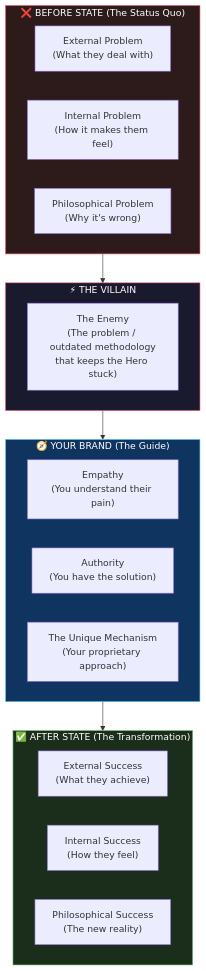
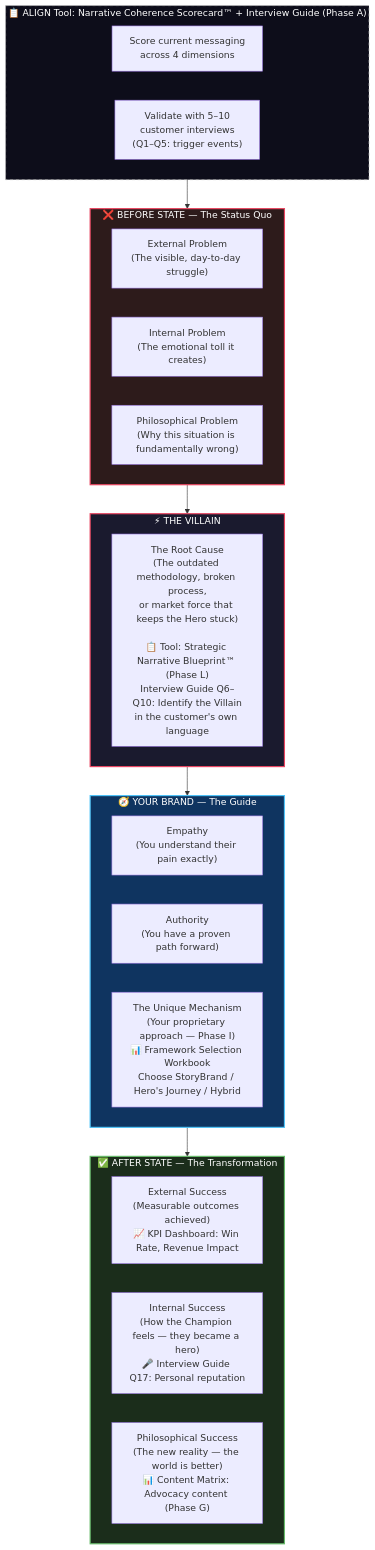
The diagram in assets/narrative-architecture.mmd (diShine-digital-agency/align-framework), drawn with Mermaid before and after one commit. The commit also changed 7 other files, not shown here.

First line of the commit message:
Update all diagrams to reflect full v1.0.4 tool set (v1.0.5)

```diff
--- a/assets/narrative-architecture.mmd
+++ b/assets/narrative-architecture.mmd
@@ -1,31 +1,39 @@
 flowchart TD
-    subgraph BEFORE["❌ BEFORE STATE (The Status Quo)"]
-        B1["External Problem\n(What they deal with)"]
-        B2["Internal Problem\n(How it makes them feel)"]
-        B3["Philosophical Problem\n(Why it's wrong)"]
+    subgraph TOOL_A["📋 ALIGN Tool: Narrative Coherence Scorecard™ + Interview Guide (Phase A)"]
+        direction LR
+        T1["Score current messaging\nacross 4 dimensions"]
+        T2["Validate with 5–10\ncustomer interviews\n(Q1–Q5: trigger events)"]
+    end
+
+    subgraph BEFORE["❌ BEFORE STATE — The Status Quo"]
+        B1["External Problem\n(The visible, day-to-day struggle)"]
+        B2["Internal Problem\n(The emotional toll it creates)"]
+        B3["Philosophical Problem\n(Why this situation is fundamentally wrong)"]
     end
 
     subgraph VILLAIN["⚡ THE VILLAIN"]
-        V["The Enemy\n(The problem / outdated methodology\nthat keeps the Hero stuck)"]
+        V["The Root Cause\n(The outdated methodology, broken process,\nor market force that keeps the Hero stuck)\n\n📋 Tool: Strategic Narrative Blueprint™ (Phase L)\nInterview Guide Q6–Q10: Identify the Villain\nin the customer's own language"]
     end
 
-    subgraph GUIDE["🧭 YOUR BRAND (The Guide)"]
-        G1["Empathy\n(You understand their pain)"]
-        G2["Authority\n(You have the solution)"]
-        G3["The Unique Mechanism\n(Your proprietary approach)"]
+    subgraph GUIDE["🧭 YOUR BRAND — The Guide"]
+        G1["Empathy\n(You understand their pain exactly)"]
+        G2["Authority\n(You have a proven path forward)"]
+        G3["The Unique Mechanism\n(Your proprietary approach — Phase I)\n📊 Framework Selection Workbook\nChoose StoryBrand / Hero's Journey / Hybrid"]
     end
 
-    subgraph AFTER["✅ AFTER STATE (The Transformation)"]
-        A1["External Success\n(What they achieve)"]
-        A2["Internal Success\n(How they feel)"]
-        A3["Philosophical Success\n(The new reality)"]
+    subgraph AFTER["✅ AFTER STATE — The Transformation"]
+        A1["External Success\n(Measurable outcomes achieved)\n📈 KPI Dashboard: Win Rate, Revenue Impact"]
+        A2["Internal Success\n(How the Champion feels — they became a hero)\n🎤 Interview Guide Q17: Personal reputation"]
+        A3["Philosophical Success\n(The new reality — the world is better)\n📊 Content Matrix: Advocacy content (Phase G)"]
     end
 
+    TOOL_A --> BEFORE
     BEFORE --> VILLAIN
     VILLAIN --> GUIDE
     GUIDE --> AFTER
 
-    style BEFORE fill:#2d1b1b,color:#fff,stroke:#e94560
-    style VILLAIN fill:#1a1a2e,color:#fff,stroke:#e94560
-    style GUIDE fill:#0f3460,color:#fff,stroke:#4fc3f7
-    style AFTER fill:#1b2d1b,color:#fff,stroke:#66bb6a
+    style BEFORE fill:#2d1b1b,color:#fff,stroke:#e94560,stroke-width:2px
+    style VILLAIN fill:#1a1a2e,color:#fff,stroke:#e94560,stroke-width:2px
+    style GUIDE fill:#0f3460,color:#fff,stroke:#4fc3f7,stroke-width:2px
+    style AFTER fill:#1b2d1b,color:#fff,stroke:#66bb6a,stroke-width:2px
+    style TOOL_A fill:#0d0d1a,color:#fff,stroke:#aaaaaa,stroke-width:1px,stroke-dasharray:5
```
